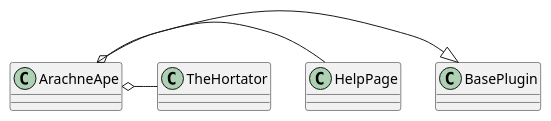
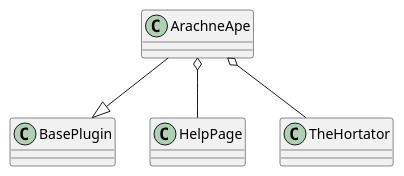
Before and after one commit to russell-n/theape: the second of 2 diagrams in arachneape/plugins/arachneapeplugin.rst, drawn with PlantUML. The commit also changed other lines of this file and 81 other files, not shown here.

Commit message:
Added documentation to the BasePlugin, QuarterMaster, and ArachneApe plugin. Started ConfigurationMap

```diff
--- a/arachneape/plugins/arachneapeplugin.rst
+++ b/arachneape/plugins/arachneapeplugin.rst
@@ -8,5 +51,5 @@
 .. uml::
 
-   ArachneApe -|> BasePlugin
-   ArachneApe o- HelpPage
-   ArachneApe o- TheHortator
+   ArachneApe --|> BasePlugin
+   ArachneApe o-- HelpPage
+   ArachneApe o-- TheHortator
```
